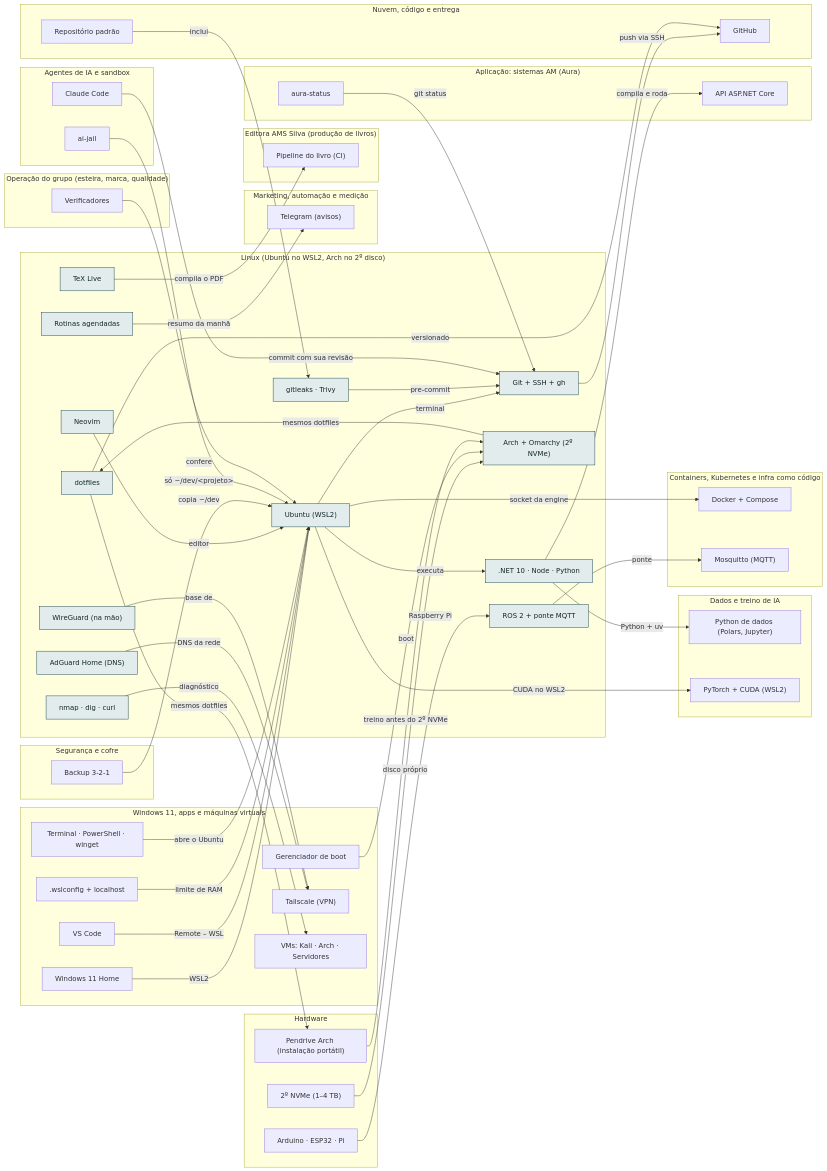
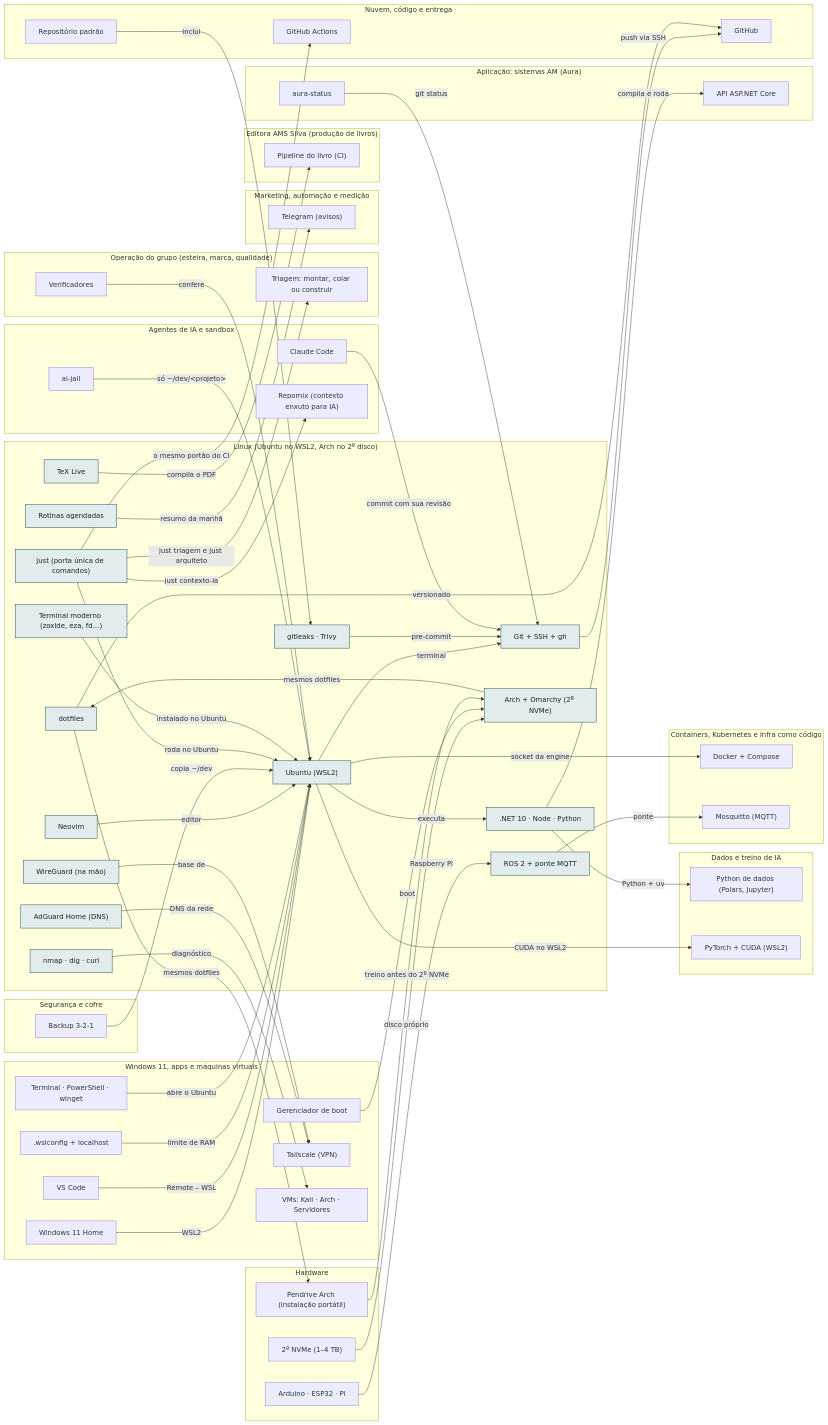
One commit to AlanMateus17/dev-setup changed the diagram in docs/camadas/04-lin.md. Above: the diagram before and after it, drawn with Mermaid. The commit also changed other lines of this file and 53 other files, not shown here.

````diff
--- a/docs/camadas/04-lin.md
+++ b/docs/camadas/04-lin.md
@@ -27,9 +27,12 @@
     n_adguard["AdGuard Home (DNS)"]
     n_wireguard["WireGuard (na mão)"]
     n_ros2["ROS 2 + ponte MQTT"]
+    n_just["just (porta única de comandos)"]
+    n_termx["Terminal moderno (zoxide, eza, fd…)"]
   end
   subgraph L_oper["Operação do grupo (esteira, marca, qualidade)"]
     n_overif["Verificadores"]
+    n_triagem["Triagem: montar, colar ou construir"]
   end
   subgraph L_mkt["Marketing, automação e medição"]
     n_tg["Telegram (avisos)"]
@@ -39,6 +42,7 @@
   end
   subgraph L_nuvem["Nuvem, código e entrega"]
     n_gh["GitHub"]
+    n_gha["GitHub Actions"]
     n_repopadrao["Repositório padrão"]
   end
   subgraph L_app["Aplicação: sistemas AM (Aura)"]
@@ -56,6 +60,7 @@
   subgraph L_ia["Agentes de IA e sandbox"]
     n_cc["Claude Code"]
     n_jail["ai-jail"]
+    n_repomix["Repomix (contexto enxuto para IA)"]
   end
   subgraph L_win["Windows 11, apps e máquinas virtuais"]
     n_boot["Gerenciador de boot"]
@@ -87,6 +92,8 @@
   n_wslcfg -->|"limite de RAM"| n_wsl
   n_wterm -->|"abre o Ubuntu"| n_wsl
   n_overif -->|"confere"| n_wsl
+  n_just -->|"roda no Ubuntu"| n_wsl
+  n_termx -->|"instalado no Ubuntu"| n_wsl
   n_git -->|"push via SSH"| n_gh
   n_sec -->|"pre-commit"| n_git
   n_status -->|"git status"| n_git
@@ -106,6 +113,9 @@
   n_wireguard -->|"base de"| n_tail
   n_ros2 -->|"ponte"| n_mqtt
   n_rob -->|"Raspberry Pi"| n_ros2
+  n_just -->|"just triagem e just arquiteto"| n_triagem
+  n_just -->|"o mesmo portão do CI"| n_gha
+  n_just -->|"just contexto-ia"| n_repomix
   classDef desta fill:#e2ecec,stroke:#0e3a45,color:#13262b
-  class n_nvim,n_netw,n_wsl,n_git,n_rt,n_tex,n_sec,n_dot,n_arch,n_rotinas,n_adguard,n_wireguard,n_ros2 desta
+  class n_nvim,n_netw,n_wsl,n_git,n_rt,n_tex,n_sec,n_dot,n_arch,n_rotinas,n_adguard,n_wireguard,n_ros2,n_just,n_termx desta
 ```
````
